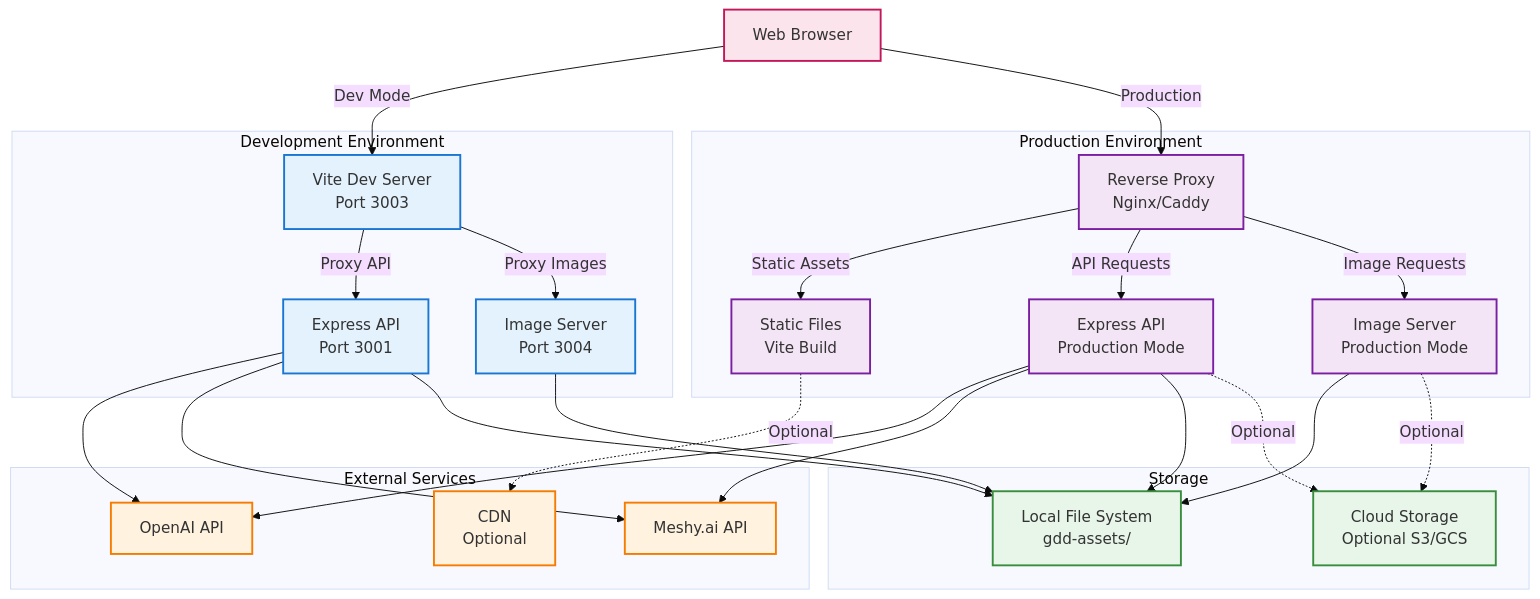
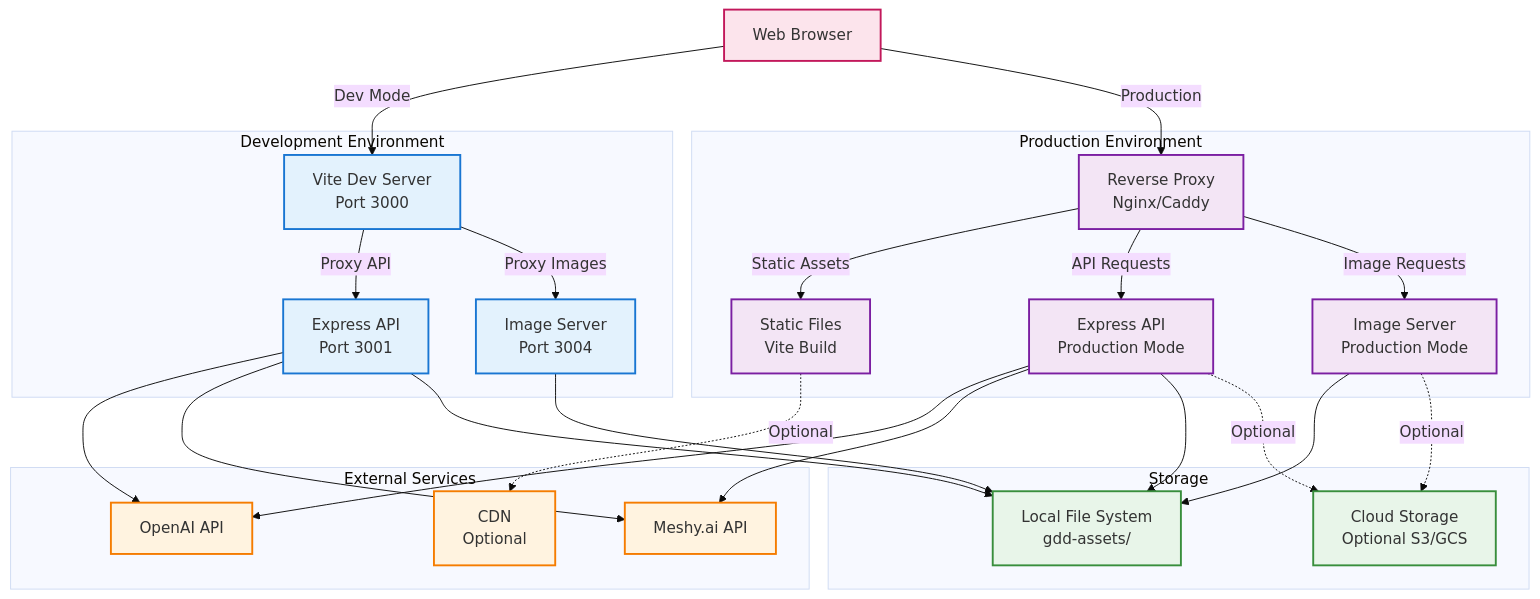
The eighth of 10 diagrams in packages/asset-forge/dev-book/diagrams/architecture-overview.md (lalalune/hyperscape), drawn with Mermaid (base theme) before and after one commit. The commit also changed 22 other files, not shown here.

````diff
--- a/packages/asset-forge/dev-book/diagrams/architecture-overview.md
+++ b/packages/asset-forge/dev-book/diagrams/architecture-overview.md
@@ -533,63 +533,63 @@
 ```mermaid
 graph TB
     subgraph "Development Environment"
-        DevFrontend[Vite Dev Server<br/>Port 3003]
+        DevFrontend[Vite Dev Server<br/>Port 3000]
         DevBackend[Express API<br/>Port 3001]
         DevImages[Image Server<br/>Port 3004]
     end
 
     subgraph "Production Environment"
         Proxy[Reverse Proxy<br/>Nginx/Caddy]
         StaticFiles[Static Files<br/>Vite Build]
         ProdBackend[Express API<br/>Production Mode]
         ProdImages[Image Server<br/>Production Mode]
     end
 
     subgraph "External Services"
         OpenAI[OpenAI API]
         Meshy[Meshy.ai API]
         CDN[CDN<br/>Optional]
     end
 
     subgraph "Storage"
         LocalFS[Local File System<br/>gdd-assets/]
         CloudStorage[Cloud Storage<br/>Optional S3/GCS]
     end
 
     Browser[Web Browser]
 
     Browser -->|Dev Mode| DevFrontend
     DevFrontend -->|Proxy API| DevBackend
     DevFrontend -->|Proxy Images| DevImages
 
     Browser -->|Production| Proxy
     Proxy -->|Static Assets| StaticFiles
     Proxy -->|API Requests| ProdBackend
     Proxy -->|Image Requests| ProdImages
 
     DevBackend --> OpenAI
     DevBackend --> Meshy
     ProdBackend --> OpenAI
     ProdBackend --> Meshy
 
     DevBackend --> LocalFS
     DevImages --> LocalFS
     ProdBackend --> LocalFS
     ProdBackend -.->|Optional| CloudStorage
     ProdImages --> LocalFS
     ProdImages -.->|Optional| CloudStorage
 
     StaticFiles -.->|Optional| CDN
 
     classDef dev fill:#e3f2fd,stroke:#1976d2,stroke-width:2px
     classDef prod fill:#f3e5f5,stroke:#7b1fa2,stroke-width:2px
     classDef external fill:#fff3e0,stroke:#f57c00,stroke-width:2px
     classDef storage fill:#e8f5e9,stroke:#388e3c,stroke-width:2px
     classDef client fill:#fce4ec,stroke:#c2185b,stroke-width:2px
 
     class DevFrontend,DevBackend,DevImages dev
     class Proxy,StaticFiles,ProdBackend,ProdImages prod
     class OpenAI,Meshy,CDN external
     class LocalFS,CloudStorage storage
     class Browser client
 ```
````
